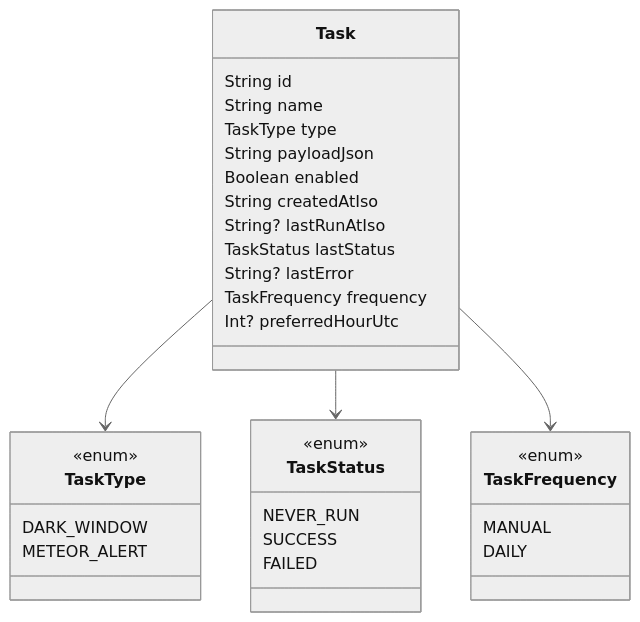
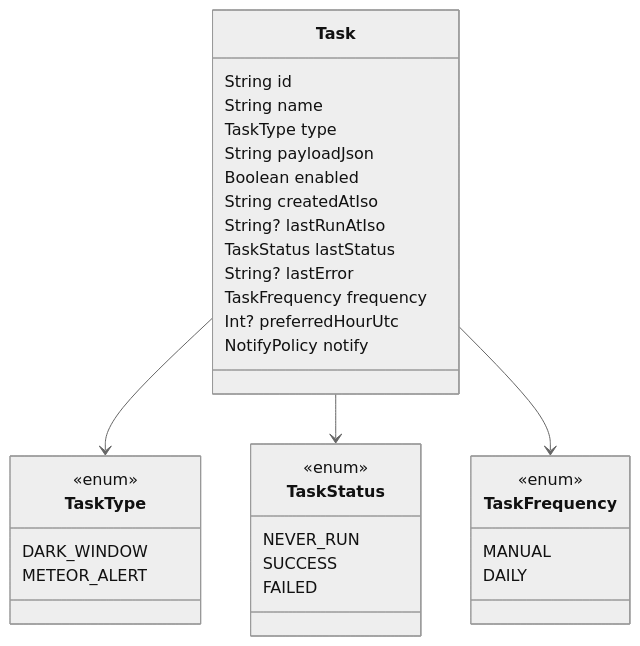
The fifth of 6 diagrams in docs/ARCHITECTURE.md (iOJ0230/astro-task-runner), drawn with Mermaid (neutral theme) before and after one commit. The commit also changed other lines of this file and 27 other files, not shown here.

First line of the commit message:
feat: add notification core with notify policy

````diff
--- a/docs/ARCHITECTURE.md
+++ b/docs/ARCHITECTURE.md
@@ -206,35 +226,36 @@
 ```mermaid
 classDiagram
     class Task {
         String id
         String name
         TaskType type
         String payloadJson
         Boolean enabled
         String createdAtIso
         String? lastRunAtIso
         TaskStatus lastStatus
         String? lastError
         TaskFrequency frequency
         Int? preferredHourUtc
+        NotifyPolicy notify
     }
     class TaskType {
         <<enum>>
         DARK_WINDOW
         METEOR_ALERT
     }
     class TaskStatus {
         <<enum>>
         NEVER_RUN
         SUCCESS
         FAILED
     }
     class TaskFrequency {
         <<enum>>
         MANUAL
         DAILY
     }
     Task --> TaskType
     Task --> TaskStatus
     Task --> TaskFrequency
 ```
````
